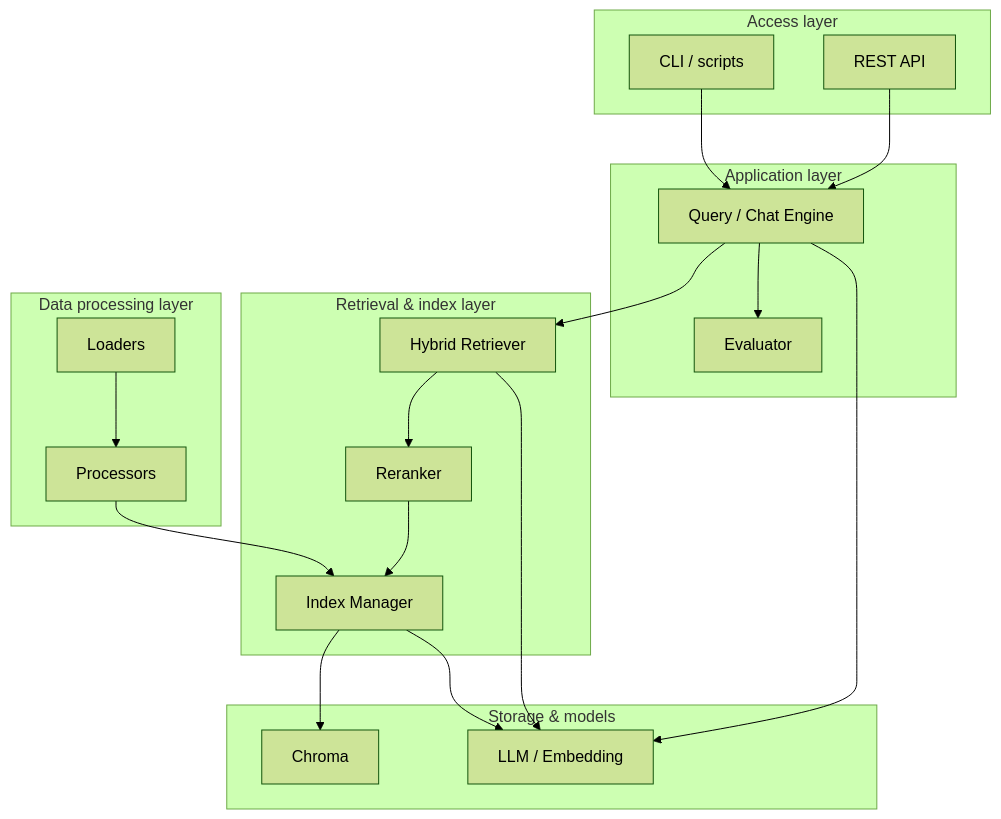
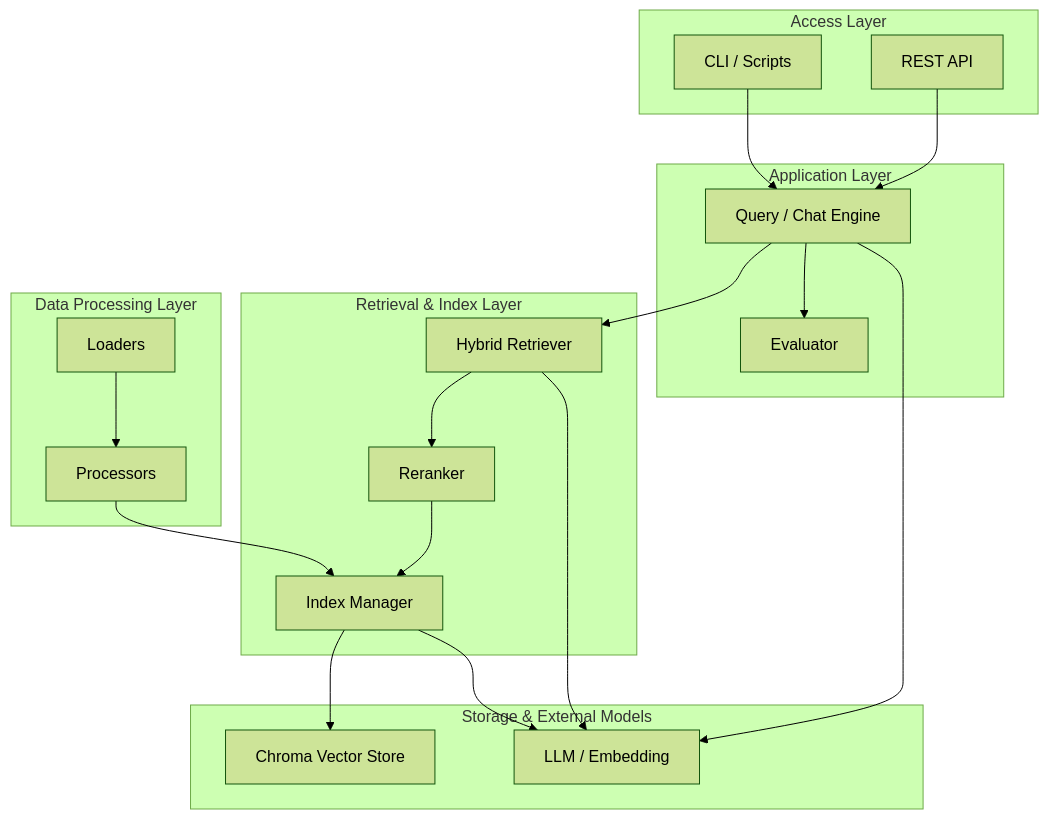
One commit to chain-engine/x-llamaindex changed the first of 4 diagrams in README.en.md. Above: the diagram before and after it, drawn with Mermaid (forest theme). The commit also changed other lines of this file and 2 other files, not shown here.

````diff
--- a/README.en.md
+++ b/README.en.md
@@ -59,41 +236,41 @@
 ```mermaid
 flowchart TB
-  subgraph Access["Access layer"]
-    CLI["CLI / scripts"]
+  subgraph Access["Access Layer"]
+    CLI["CLI / Scripts"]
     API["REST API"]
   end
 
-  subgraph App["Application layer"]
+  subgraph App["Application Layer"]
     ENG["Query / Chat Engine"]
     EV["Evaluator"]
   end
 
-  subgraph Retrieval["Retrieval & index layer"]
+  subgraph Retrieval["Retrieval & Index Layer"]
     HR["Hybrid Retriever"]
     RR["Reranker"]
     IM["Index Manager"]
   end
 
-  subgraph Data["Data processing layer"]
+  subgraph Data["Data Processing Layer"]
     LD["Loaders"]
     PR["Processors"]
   end
 
-  subgraph Infra["Storage & models"]
-    VS["Chroma"]
+  subgraph Infra["Storage & External Models"]
+    VS["Chroma Vector Store"]
     LLM["LLM / Embedding"]
   end
 
   CLI --> ENG
   API --> ENG
   ENG --> HR
   ENG --> EV
   HR --> RR
   RR --> IM
   LD --> PR
   PR --> IM
   IM --> VS
   IM --> LLM
   ENG --> LLM
   HR --> LLM
 ```
````
